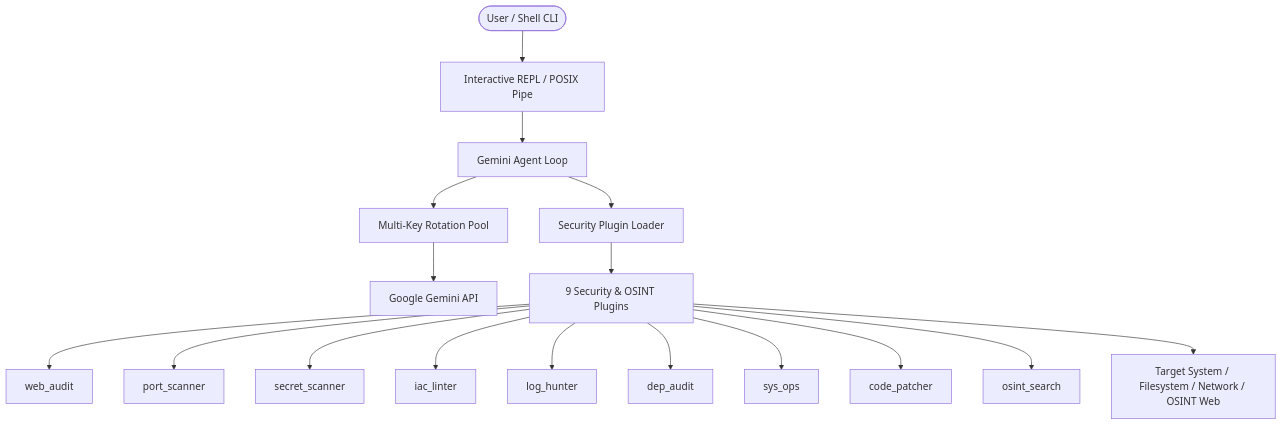
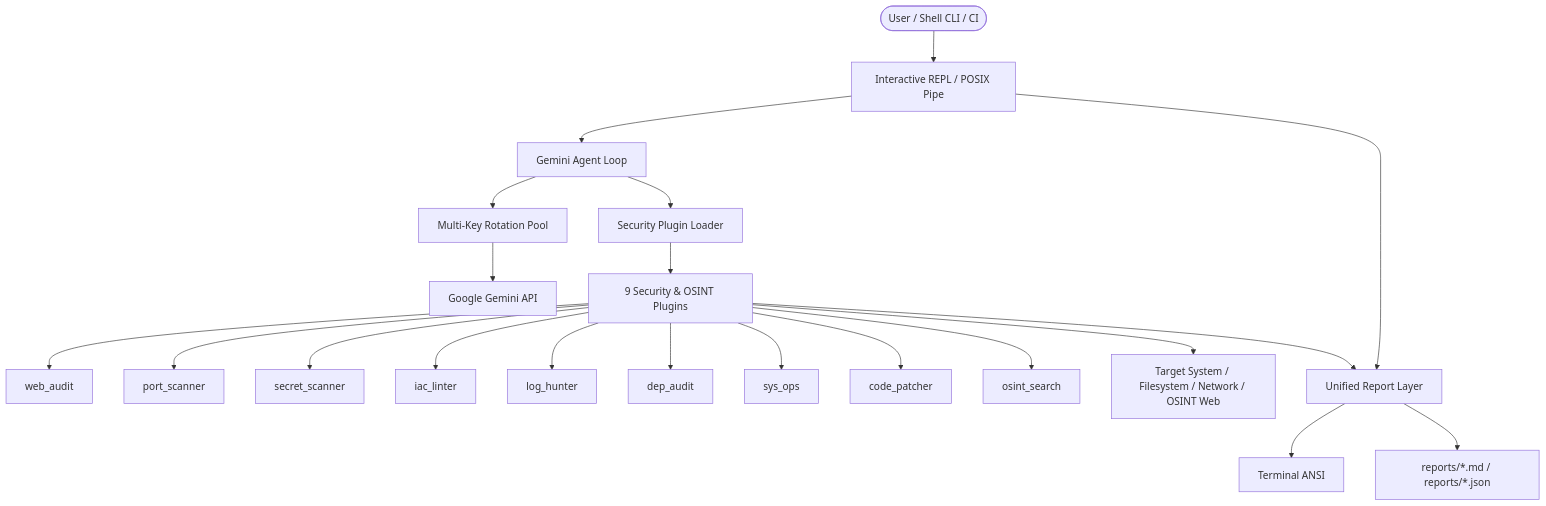
The diagram in README.md (icebergf6/gemini-sec-agent), drawn with Mermaid before and after one commit. The commit also changed other lines of this file and 13 other files, not shown here.

Commit message:
feat: v2.0.0 major upgrade - unified reporting layer, enhanced OSINT kit, input security, CI/CD and documentation

````diff
--- a/README.md
+++ b/README.md
@@ -41,19 +45,23 @@
 ```mermaid
 graph TD
-    User([User / Shell CLI]) --> REPL[Interactive REPL / POSIX Pipe]
+    User([User / Shell CLI / CI]) --> REPL[Interactive REPL / POSIX Pipe]
     REPL --> Agent[Gemini Agent Loop]
+    REPL --> ReportEngine[Unified Report Layer]
     Agent --> KeyPool[Multi-Key Rotation Pool]
     KeyPool --> GeminiAPI[Google Gemini API]
     Agent --> PluginEngine[Security Plugin Loader]
     PluginEngine --> Plugins[9 Security & OSINT Plugins]
     Plugins --> WebAudit[web_audit]
     Plugins --> PortScan[port_scanner]
     Plugins --> SecretScan[secret_scanner]
     Plugins --> IaCLint[iac_linter]
     Plugins --> LogHunt[log_hunter]
     Plugins --> DepAudit[dep_audit]
     Plugins --> SysOps[sys_ops]
     Plugins --> CodePatch[code_patcher]
     Plugins --> OsintSearch[osint_search]
     Plugins --> Target[Target System / Filesystem / Network / OSINT Web]
+    Plugins --> ReportEngine
+    ReportEngine --> TerminalOut[Terminal ANSI]
+    ReportEngine --> ReportsDir[reports/*.md / reports/*.json]
 ```
````
